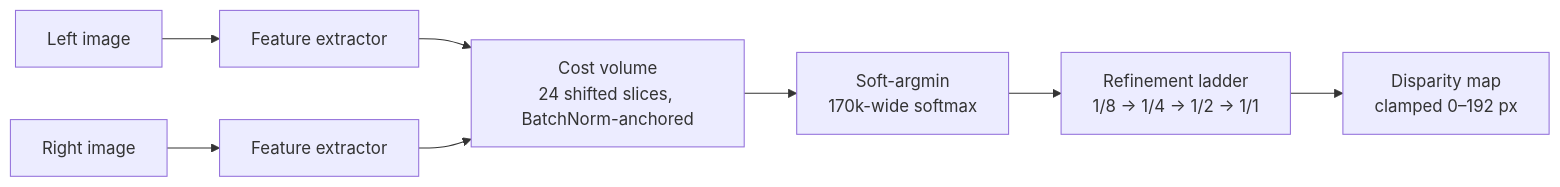
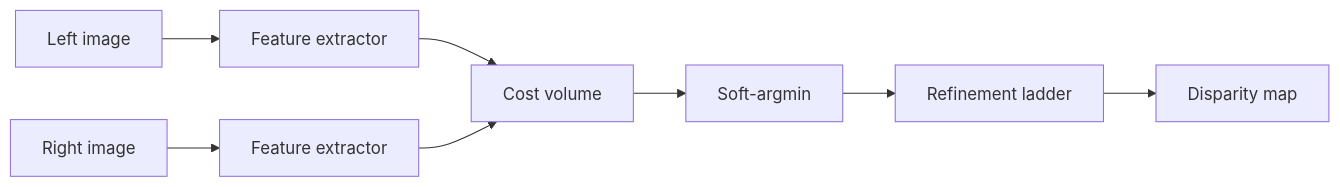
The diagram in README.md (pareshvpk/hailostereovision), drawn with Mermaid before and after one commit.

Commit message:
Simplify architecture diagram node labels
Dropped the <br/> sub-annotations on each node so the flowchart reads
as plain single-line boxes instead of mini stat blocks.

````diff
--- a/README.md
+++ b/README.md
@@ -30,10 +30,10 @@
 ```mermaid
 flowchart LR
     L[Left image] --> FE1[Feature extractor]
     R[Right image] --> FE2[Feature extractor]
-    FE1 --> CV["Cost volume<br/>24 shifted slices, BatchNorm-anchored"]
+    FE1 --> CV[Cost volume]
     FE2 --> CV
-    CV --> SA["Soft-argmin<br/>170k-wide softmax"]
-    SA --> RF["Refinement ladder<br/>1/8 → 1/4 → 1/2 → 1/1"]
-    RF --> OUT["Disparity map<br/>clamped 0–192 px"]
+    CV --> SA[Soft-argmin]
+    SA --> RF[Refinement ladder]
+    RF --> OUT[Disparity map]
 ```
````
